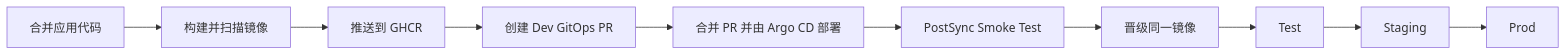
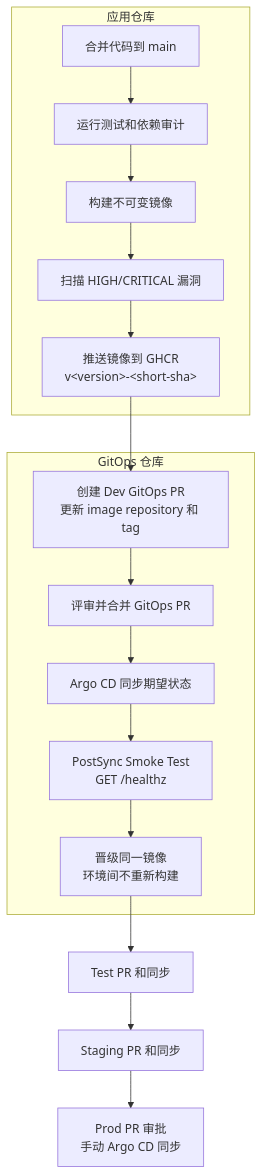
One commit to sven0219/devops-platform-blueprint changed the second of 3 diagrams in README.zh-CN.md. Above: the diagram before and after it, drawn with Mermaid. The commit also changed 1 other file, not shown here.

Commit message:
Expand delivery loop diagram details

````diff
--- a/README.zh-CN.md
+++ b/README.zh-CN.md
@@ -107,12 +107,24 @@
 ```mermaid
-flowchart LR
-  Merge["合并应用代码"] --> Build["构建并扫描镜像"]
-  Build --> Push["推送到 GHCR"]
-  Push --> DevPR["创建 Dev GitOps PR"]
-  DevPR --> Argo["合并 PR 并由 Argo CD 部署"]
-  Argo --> Smoke["PostSync Smoke Test"]
-  Smoke --> Promote["晋级同一镜像"]
-  Promote --> Test["Test"]
-  Test --> Staging["Staging"]
-  Staging --> Prod["Prod"]
+flowchart TD
+  subgraph AppRepo["应用仓库"]
+    Merge["合并代码到 main"]
+    Validate["运行测试和依赖审计"]
+    Build["构建不可变镜像"]
+    Scan["扫描 HIGH/CRITICAL 漏洞"]
+    Push["推送镜像到 GHCR<br/>v&lt;version&gt;-&lt;short-sha&gt;"]
+  end
+
+  subgraph GitOpsRepo["GitOps 仓库"]
+    DevPR["创建 Dev GitOps PR<br/>更新 image repository 和 tag"]
+    Review["评审并合并 GitOps PR"]
+    Argo["Argo CD 同步期望状态"]
+    Smoke["PostSync Smoke Test<br/>GET /healthz"]
+    Promote["晋级同一镜像<br/>环境间不重新构建"]
+  end
+
+  Merge --> Validate --> Build --> Scan --> Push --> DevPR
+  DevPR --> Review --> Argo --> Smoke --> Promote
+  Promote --> Test["Test PR 和同步"]
+  Test --> Staging["Staging PR 和同步"]
+  Staging --> Prod["Prod PR 审批<br/>手动 Argo CD 同步"]
 ```
````
